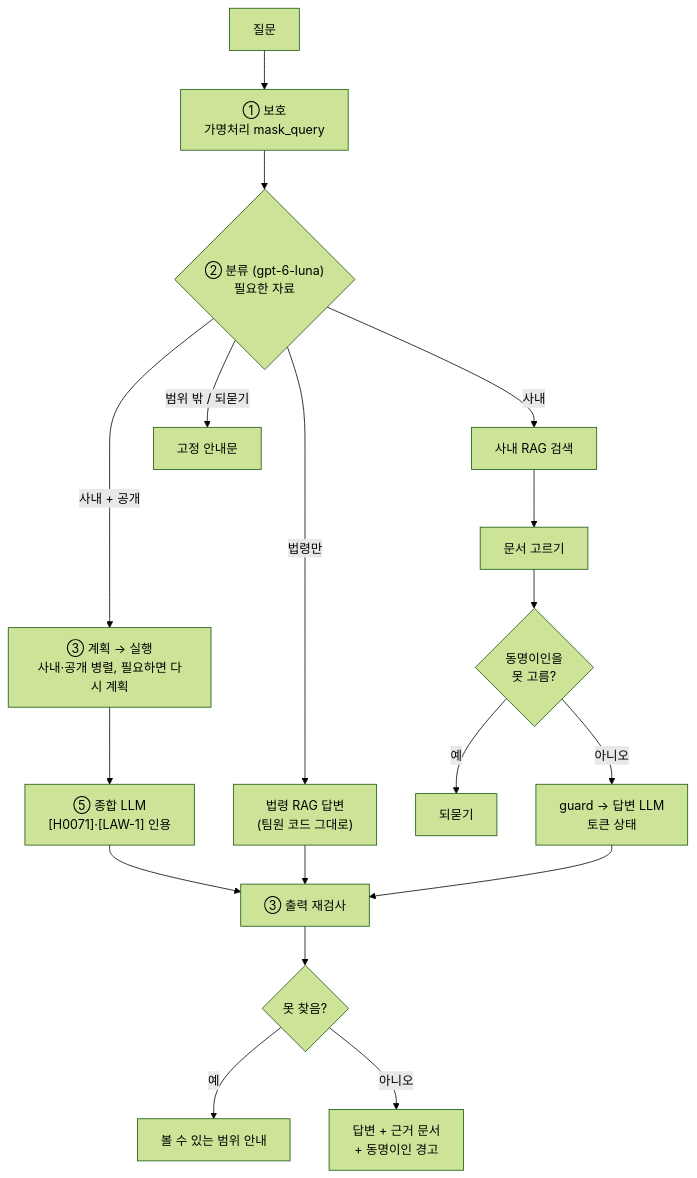
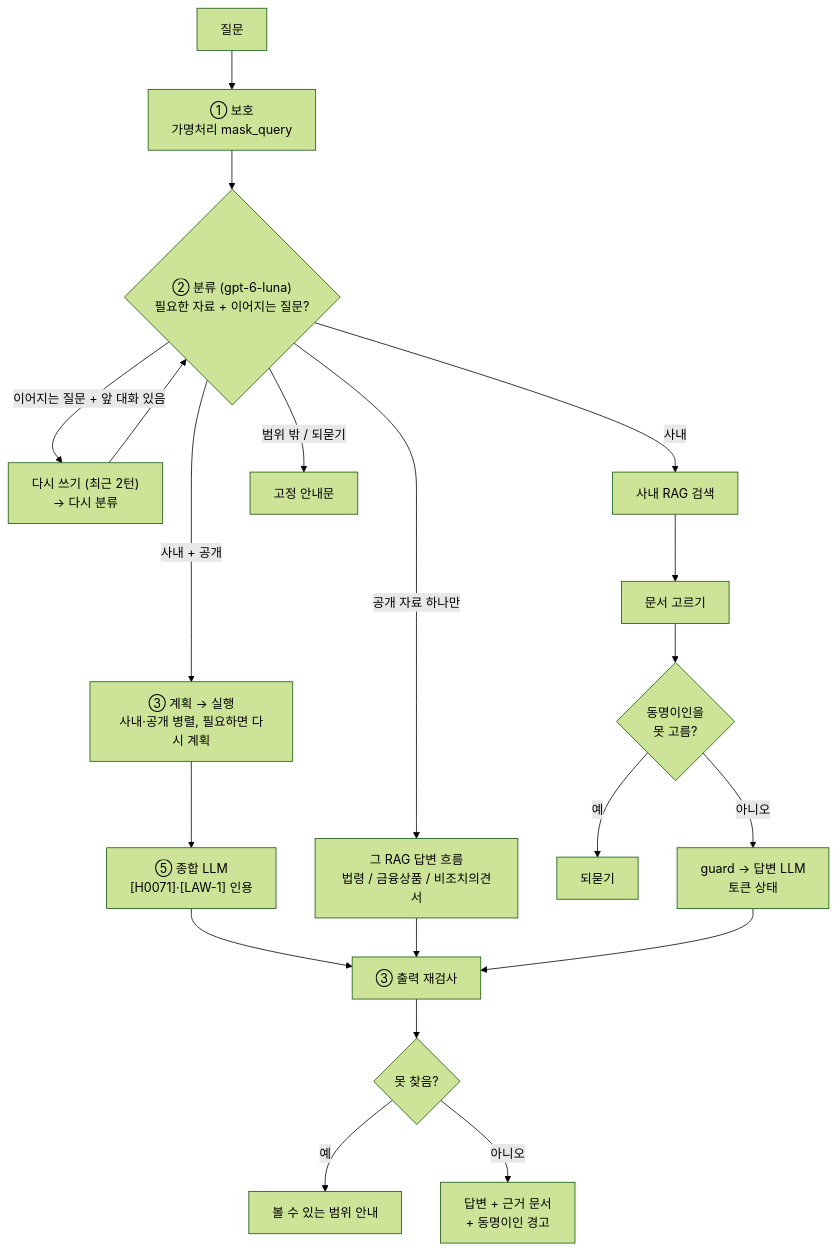
The fourth of 5 diagrams in 최종프로젝트/README.md (BBuSang/likelion-AI-4team), drawn with Mermaid (forest theme) before and after one commit. The commit also changed other lines of this file and 1 other file, not shown here.

````diff
--- a/최종프로젝트/README.md
+++ b/최종프로젝트/README.md
@@ -253,20 +254,22 @@
 ```mermaid
 flowchart TD
     Q[질문] --> P["① 보호<br/>가명처리 mask_query"]
-    P --> C{"② 분류 (gpt-6-luna)<br/>필요한 자료"}
+    P --> C{"② 분류 (gpt-6-luna)<br/>필요한 자료 + 이어지는 질문?"}
+    C -->|이어지는 질문 + 앞 대화 있음| FU["다시 쓰기 (최근 2턴)<br/>→ 다시 분류"]
+    FU --> C
     C -->|사내| S[사내 RAG 검색]
     C -->|사내 + 공개| PL["③ 계획 → 실행<br/>사내·공개 병렬, 필요하면 다시 계획"]
-    C -->|법령만| LAWA["법령 RAG 답변<br/>(팀원 코드 그대로)"]
+    C -->|공개 자료 하나만| LAWA["그 RAG 답변 흐름<br/>법령 / 금융상품 / 비조치의견서"]
     C -->|범위 밖 / 되묻기| FIX[고정 안내문]
     S --> SEL[문서 고르기]
     PL --> SYN["⑤ 종합 LLM<br/>[H0071]·[LAW-1] 인용"]
     SYN --> CHK
     LAWA --> CHK
     SEL --> AMB{동명이인을<br/>못 고름?}
     AMB -->|예| ASK[되묻기]
     AMB -->|아니오| G["guard → 답변 LLM<br/>토큰 상태"]
     G --> CHK["③ 출력 재검사"]
     CHK --> NF{못 찾음?}
     NF -->|예| SCOPE[볼 수 있는 범위 안내]
     NF -->|아니오| OUT[답변 + 근거 문서<br/>+ 동명이인 경고]
 ```
````
